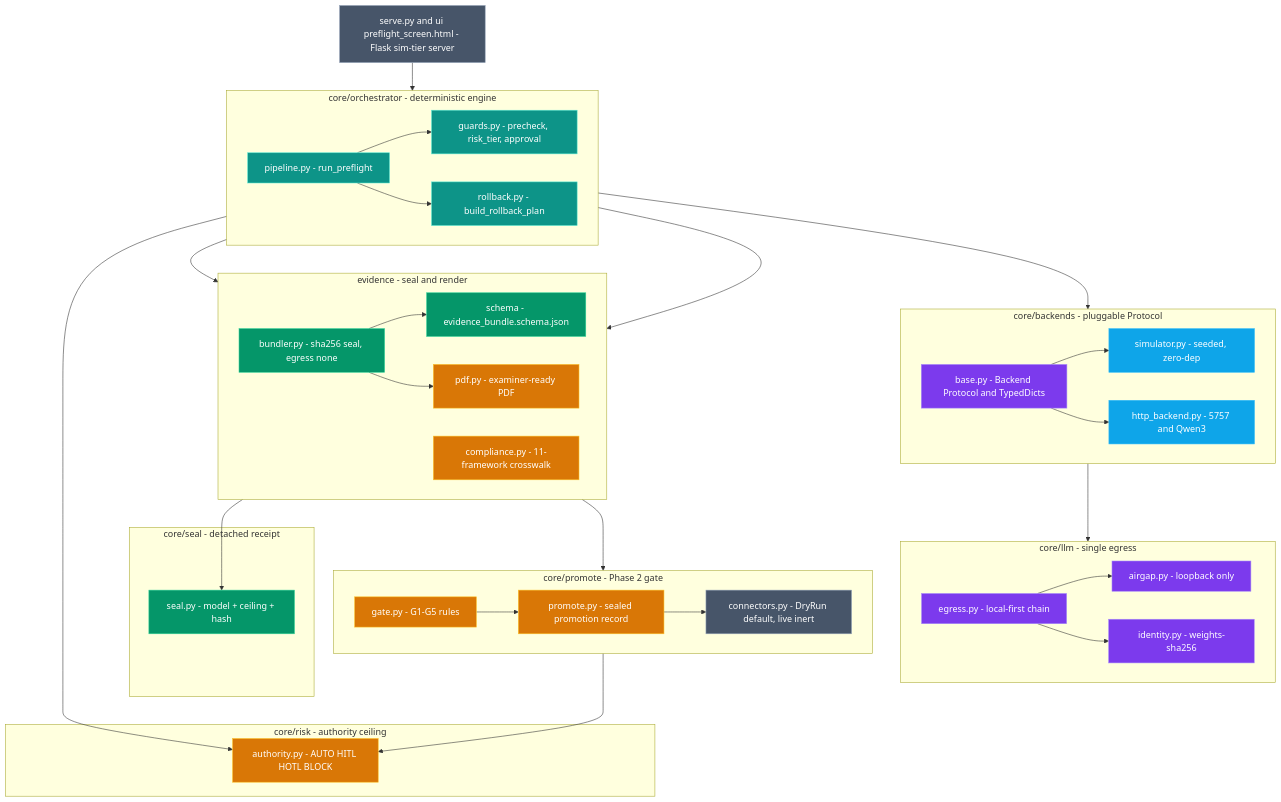
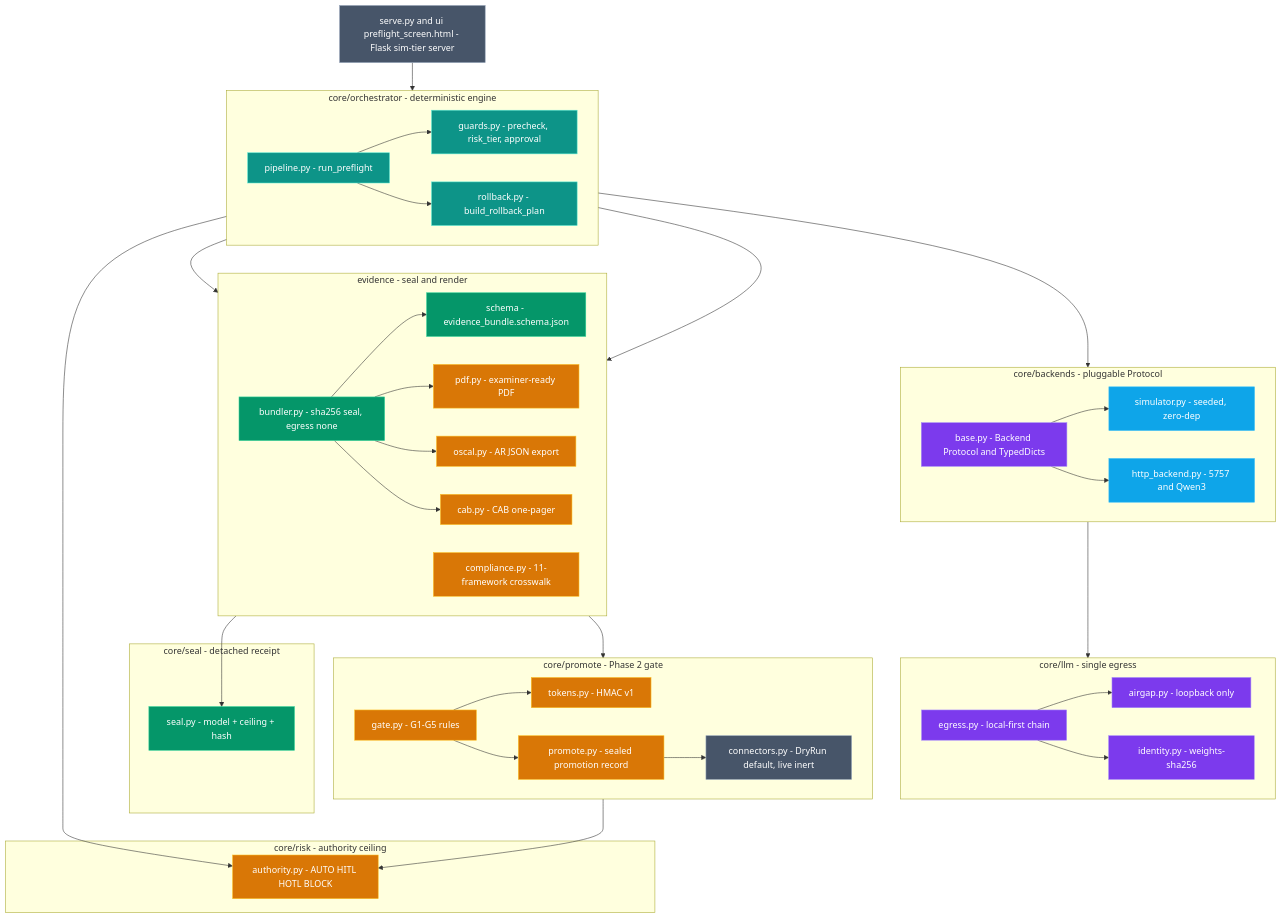
Before and after one commit to gesh75/aegis: the second of 6 diagrams in docs/ARCHITECTURE.md, drawn with Mermaid. The commit also changed other lines of this file and 7 other files, not shown here.

First line of the commit message:
docs: HMAC promote runbook and OSCAL/CAB field contract

````diff
--- a/docs/ARCHITECTURE.md
+++ b/docs/ARCHITECTURE.md
@@ -92,75 +94,81 @@
 ```mermaid
 flowchart TB
     UI["serve.py and ui preflight_screen.html - Flask sim-tier server"]:::edge
 
     subgraph ORCH["core/orchestrator - deterministic engine"]
         direction LR
         PIPE["pipeline.py - run_preflight"]:::core
         GUARD["guards.py - precheck, risk_tier, approval"]:::core
         ROLL["rollback.py - build_rollback_plan"]:::core
     end
 
     subgraph BACK["core/backends - pluggable Protocol"]
         direction LR
         BASE["base.py - Backend Protocol and TypedDicts"]:::proto
         SIM["simulator.py - seeded, zero-dep"]:::svc
         HTTP["http_backend.py - 5757 and Qwen3"]:::svc
     end
 
     subgraph LLM["core/llm - single egress"]
         direction LR
         AIR["airgap.py - loopback only"]:::proto
         EGR["egress.py - local-first chain"]:::proto
         IDN["identity.py - weights-sha256"]:::proto
     end
 
     subgraph RISK["core/risk - authority ceiling"]
         AUTH["authority.py - AUTO HITL HOTL BLOCK"]:::accent
     end
 
     subgraph EVID["evidence - seal and render"]
         direction LR
         BUND["bundler.py - sha256 seal, egress none"]:::data
         COMP["compliance.py - 11-framework crosswalk"]:::accent
         PDF["pdf.py - examiner-ready PDF"]:::accent
+        OSCAL["oscal.py - AR JSON export"]:::accent
+        CAB["cab.py - CAB one-pager"]:::accent
         SCHEMA["schema - evidence_bundle.schema.json"]:::data
     end
 
     subgraph SEAL["core/seal - detached receipt"]
         RCPT["seal.py - model + ceiling + hash"]:::data
     end
 
     subgraph PROM["core/promote - Phase 2 gate"]
         direction LR
         GATE["gate.py - G1-G5 rules"]:::accent
+        TOK["tokens.py - HMAC v1"]:::accent
         PROMO["promote.py - sealed promotion record"]:::accent
         CONN["connectors.py - DryRun default, live inert"]:::edge
     end
 
     UI --> PIPE
     PIPE --> GUARD
     PIPE --> BASE
     BASE --> SIM
     BASE --> HTTP
     HTTP --> EGR
     EGR --> AIR
     EGR --> IDN
     PIPE --> AUTH
     PIPE --> COMP
     PIPE --> ROLL
     PIPE --> BUND
     BUND --> SCHEMA
     BUND --> PDF
+    BUND --> OSCAL
+    BUND --> CAB
     BUND --> RCPT
     BUND --> GATE
     GATE --> AUTH
+    GATE --> TOK
     GATE --> PROMO
     PROMO --> CONN
 
     classDef edge fill:#475569,stroke:#94a3b8,color:#fff
     classDef core fill:#0d9488,stroke:#5eead4,color:#fff
     classDef proto fill:#7c3aed,stroke:#a78bfa,color:#fff
     classDef svc fill:#0ea5e9,stroke:#38bdf8,color:#fff
     classDef data fill:#059669,stroke:#34d399,color:#fff
     classDef accent fill:#d97706,stroke:#fbbf24,color:#fff
 ```
````
